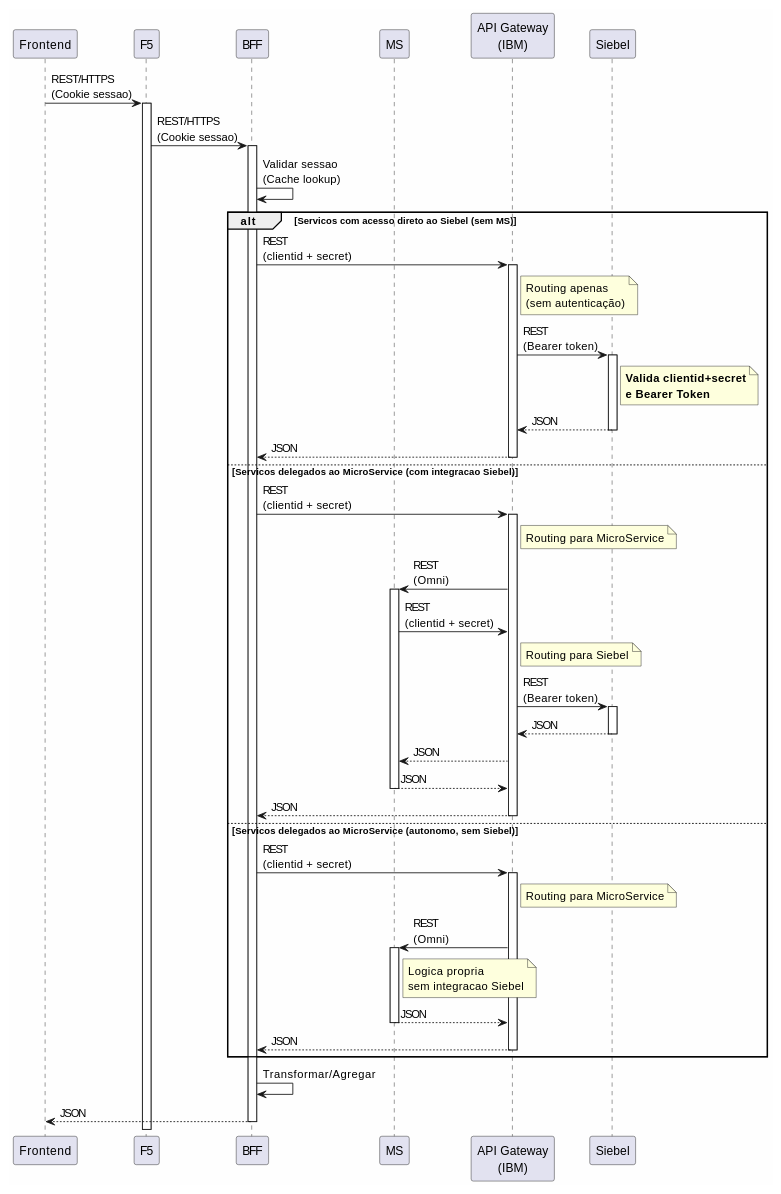
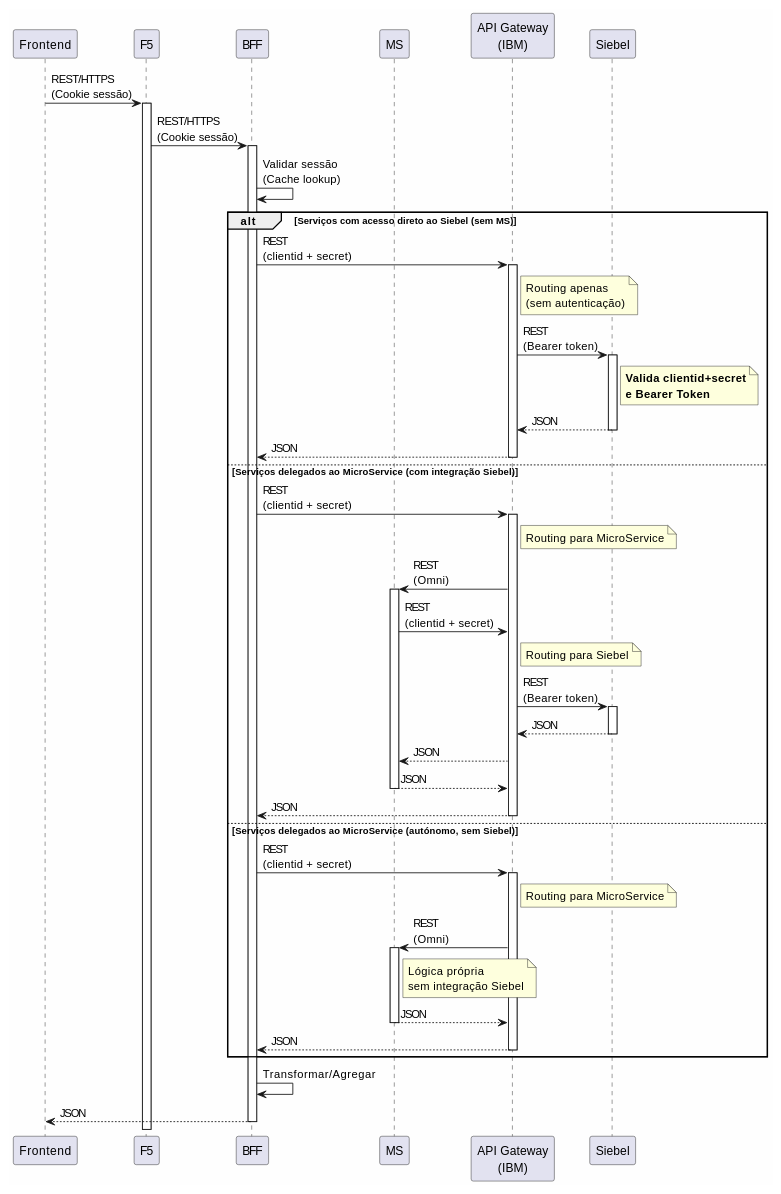
Before and after one commit to beduardo/novobanco_website_doc: the second of 2 diagrams in project/sections/SEC-05-arquitetura-backend-servicos.md, drawn with PlantUML. The commit also changed other lines of this file and 21 other files, not shown here.

````diff
--- a/project/sections/SEC-05-arquitetura-backend-servicos.md
+++ b/project/sections/SEC-05-arquitetura-backend-servicos.md
@@ -152,82 +152,82 @@
 ```plantuml
 @startuml
 skinparam backgroundColor #FEFEFE
 
 participant "Frontend" as FE
 participant "F5" as F5
 participant "BFF" as BFF
 participant "MS" as MS
 participant "API Gateway\n(IBM)" as GW
 participant "Siebel" as SIEBEL
 
-FE -> F5 : REST/HTTPS\n(Cookie sessao)
+FE -> F5 : REST/HTTPS\n(Cookie sessão)
 activate F5
 
-F5 -> BFF : REST/HTTPS\n(Cookie sessao)
+F5 -> BFF : REST/HTTPS\n(Cookie sessão)
 activate BFF
 
-BFF -> BFF : Validar sessao\n(Cache lookup)
+BFF -> BFF : Validar sessão\n(Cache lookup)
 
-alt Servicos com acesso direto ao Siebel (sem MS)
+alt Serviços com acesso direto ao Siebel (sem MS)
     BFF -> GW : REST\n(clientid + secret)
     activate GW
     note right of GW: Routing apenas\n(sem autenticação)
 
     GW -> SIEBEL : REST\n(Bearer token)
     activate SIEBEL
     note right of SIEBEL: **Valida clientid+secret**\n**e Bearer Token**
 
     SIEBEL --> GW : JSON
     deactivate SIEBEL
 
     GW --> BFF : JSON
     deactivate GW
 
-else Servicos delegados ao MicroService (com integracao Siebel)
+else Serviços delegados ao MicroService (com integração Siebel)
     BFF -> GW : REST\n(clientid + secret)
     activate GW
     note right of GW: Routing para MicroService
 
     GW -> MS : REST\n(Omni)
     activate MS
 
     MS -> GW : REST\n(clientid + secret)
     note right of GW: Routing para Siebel
 
     GW -> SIEBEL : REST\n(Bearer token)
     activate SIEBEL
 
     SIEBEL --> GW : JSON
     deactivate SIEBEL
 
     GW --> MS : JSON
 
     MS --> GW : JSON
     deactivate MS
 
     GW --> BFF : JSON
     deactivate GW
 
-else Servicos delegados ao MicroService (autonomo, sem Siebel)
+else Serviços delegados ao MicroService (autónomo, sem Siebel)
     BFF -> GW : REST\n(clientid + secret)
     activate GW
     note right of GW: Routing para MicroService
 
     GW -> MS : REST\n(Omni)
     activate MS
-    note right of MS: Logica propria\nsem integracao Siebel
+    note right of MS: Lógica própria\nsem integração Siebel
 
     MS --> GW : JSON
     deactivate MS
 
     GW --> BFF : JSON
     deactivate GW
 
 end
 
 BFF -> BFF : Transformar/Agregar
 BFF --> FE : JSON
 deactivate BFF
 
 @enduml
 ```
````
